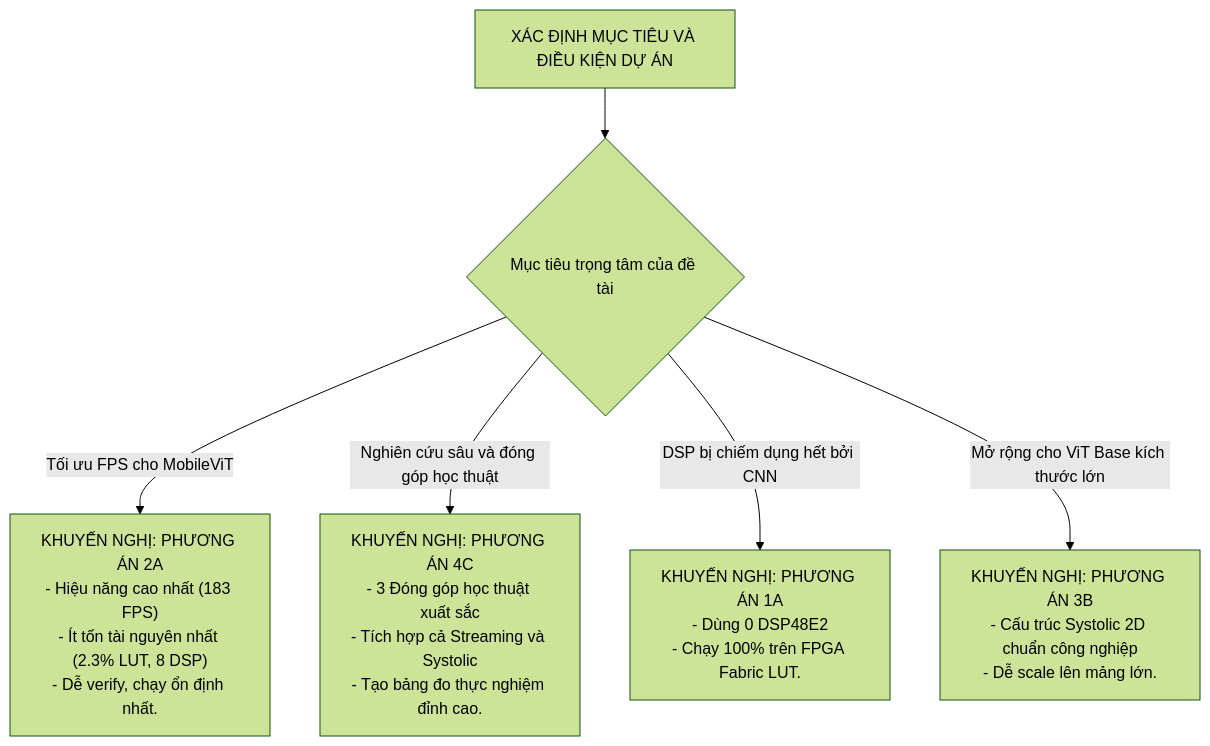
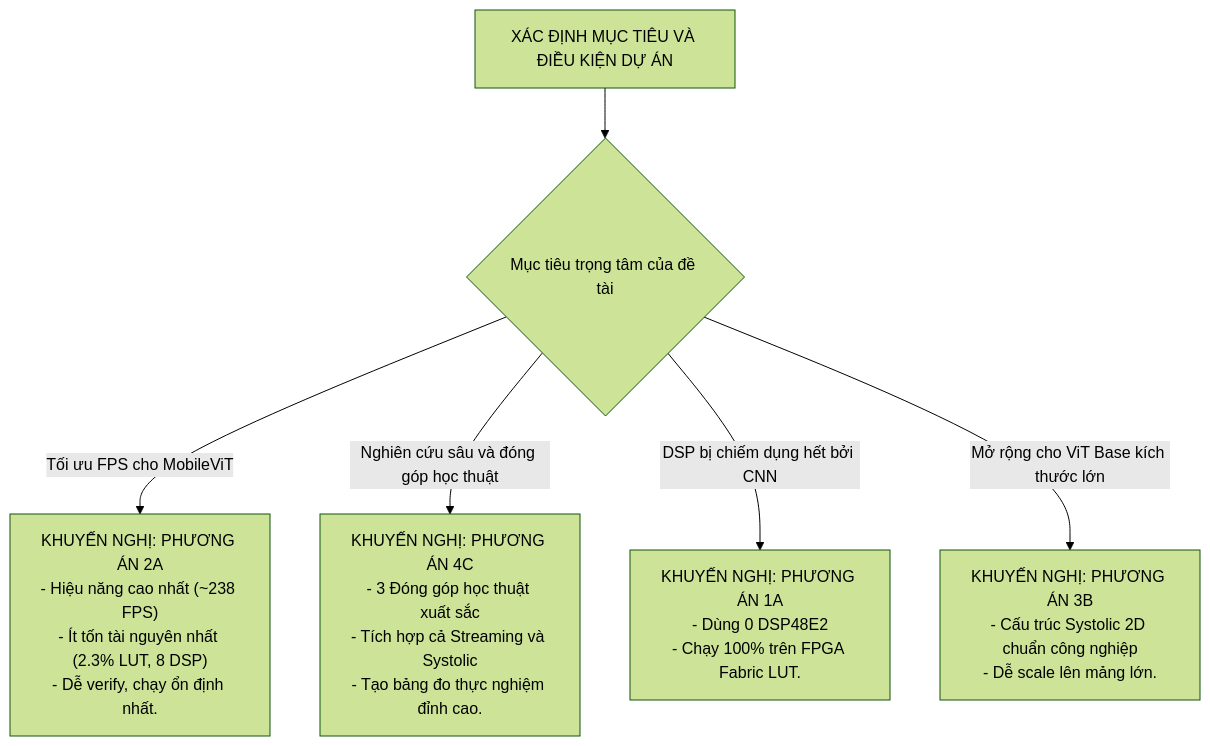
The second of 2 diagrams in Notes_ver02/report_MASTER_comparison.md (Planterian/Capstone_project), drawn with Mermaid (forest theme) before and after one commit. The commit also changed other lines of this file and 34 other files, not shown here.

Commit message:
feat: fix, thống nhất tài liệu

````diff
--- a/Notes_ver02/report_MASTER_comparison.md
+++ b/Notes_ver02/report_MASTER_comparison.md
@@ -90,12 +94,12 @@
 ```mermaid
 graph TD
     START["XÁC ĐỊNH MỤC TIÊU VÀ ĐIỀU KIỆN DỰ ÁN"] --> Q_GOAL{"Mục tiêu trọng tâm của đề tài"}
 
-    Q_GOAL -->|Tối ưu FPS cho MobileViT| CHOOSE_2A["KHUYẾN NGHỊ: PHƯƠNG ÁN 2A<br/>- Hiệu năng cao nhất (183 FPS)<br/>- Ít tốn tài nguyên nhất (2.3% LUT, 8 DSP)<br/>- Dễ verify, chạy ổn định nhất."]
+    Q_GOAL -->|Tối ưu FPS cho MobileViT| CHOOSE_2A["KHUYẾN NGHỊ: PHƯƠNG ÁN 2A<br/>- Hiệu năng cao nhất (~238 FPS)<br/>- Ít tốn tài nguyên nhất (2.3% LUT, 8 DSP)<br/>- Dễ verify, chạy ổn định nhất."]
 
     Q_GOAL -->|Nghiên cứu sâu và đóng góp học thuật| CHOOSE_4C["KHUYẾN NGHỊ: PHƯƠNG ÁN 4C<br/>- 3 Đóng góp học thuật xuất sắc<br/>- Tích hợp cả Streaming và Systolic<br/>- Tạo bảng đo thực nghiệm đỉnh cao."]
 
     Q_GOAL -->|DSP bị chiếm dụng hết bởi CNN| CHOOSE_1A["KHUYẾN NGHỊ: PHƯƠNG ÁN 1A<br/>- Dùng 0 DSP48E2<br/>- Chạy 100% trên FPGA Fabric LUT."]
 
     Q_GOAL -->|Mở rộng cho ViT Base kích thước lớn| CHOOSE_3B["KHUYẾN NGHỊ: PHƯƠNG ÁN 3B<br/>- Cấu trúc Systolic 2D chuẩn công nghiệp<br/>- Dễ scale lên mảng lớn."]
 ```
````
